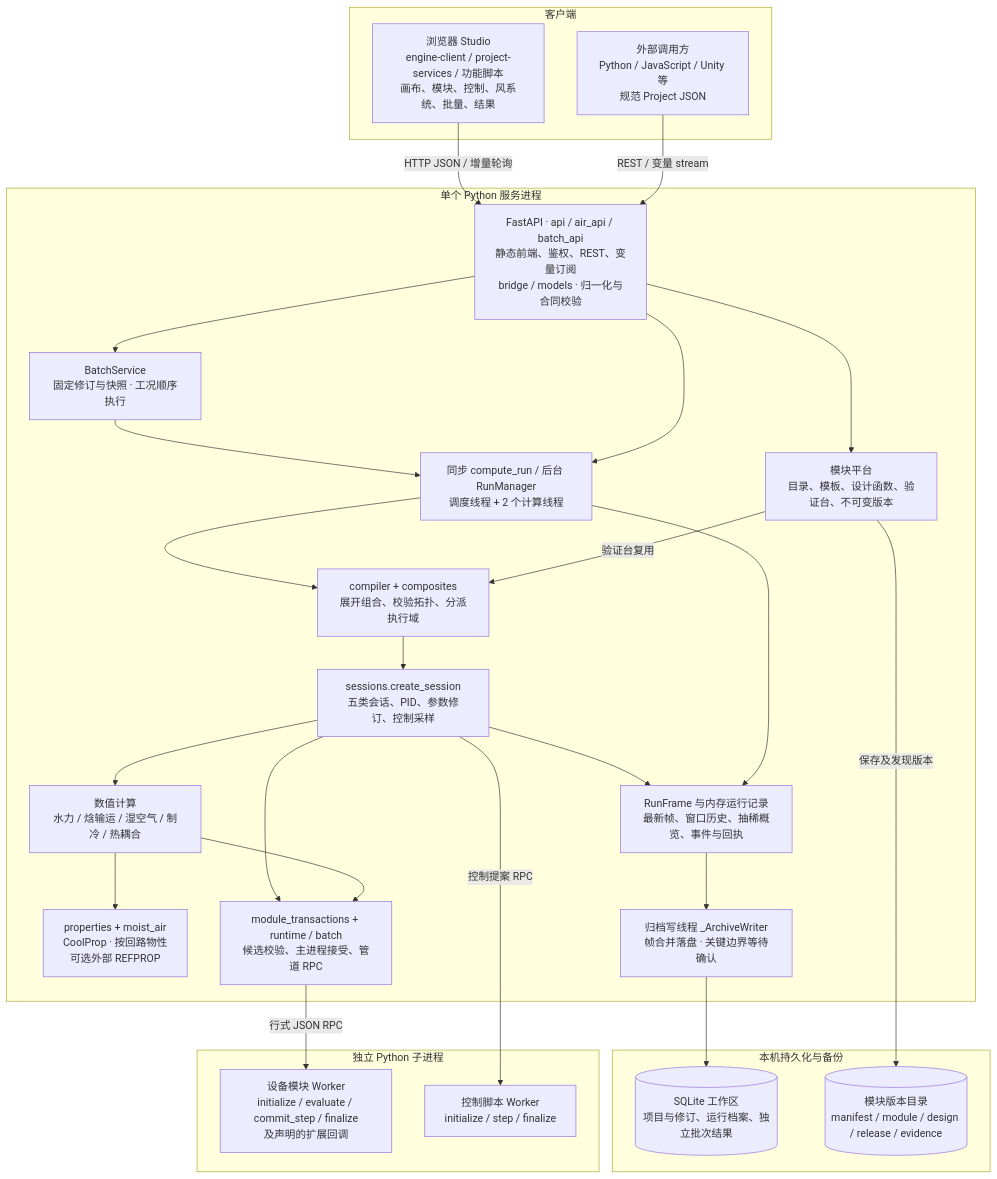
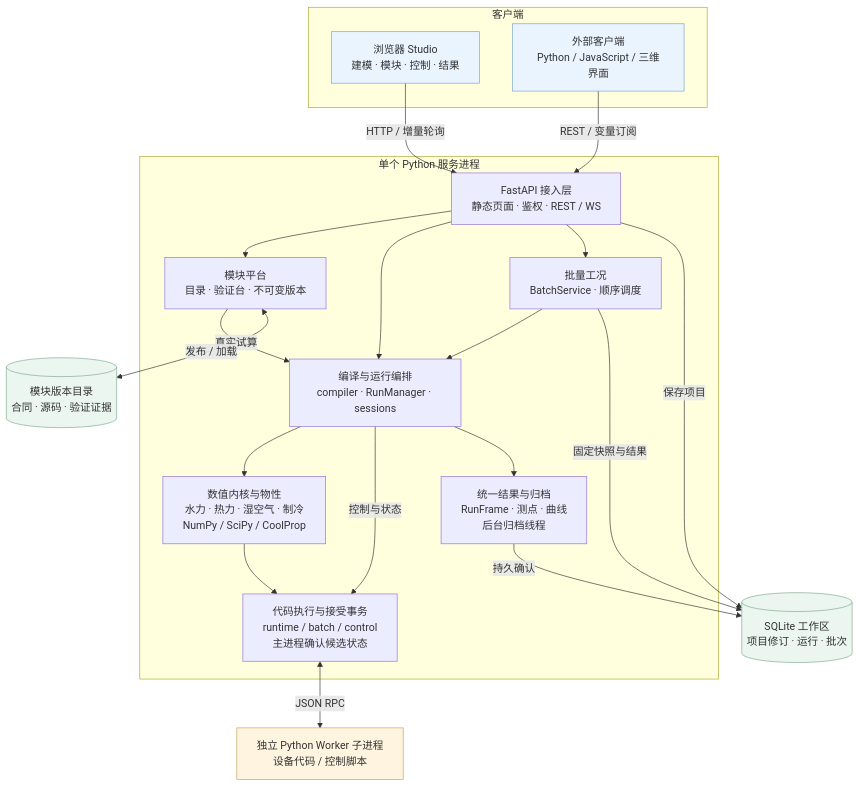
Before and after one commit to kongbaifan/fluidnet: the first of 10 diagrams in fluidnet-prototype-engine/docs/ARCHITECTURE_AND_SEQUENCE.md, drawn with Mermaid. The commit also changed other lines of this file and 30 other files, not shown here.

Commit message:
文档：更新架构图并登记架构整理实施计划

````diff
--- a/fluidnet-prototype-engine/docs/ARCHITECTURE_AND_SEQUENCE.md
+++ b/fluidnet-prototype-engine/docs/ARCHITECTURE_AND_SEQUENCE.md
@@ -22,44 +28,40 @@
 ```mermaid
 flowchart TB
   subgraph CLIENT["客户端"]
-    UI["浏览器 Studio<br/>engine-client / project-services / 功能脚本<br/>画布、模块、控制、风系统、批量、结果"]
-    EXTERNAL["外部调用方<br/>Python / JavaScript / Unity 等<br/>规范 Project JSON"]
+    UI["浏览器 Studio<br/>建模 · 模块 · 控制 · 结果"]
+    EXT["外部客户端<br/>Python / JavaScript / 三维界面"]
   end
   subgraph MAIN["单个 Python 服务进程"]
-    API["FastAPI · api / air_api / batch_api<br/>静态前端、鉴权、REST、变量订阅<br/>bridge / models · 归一化与合同校验"]
-    AUTHOR["模块平台<br/>目录、模板、设计函数、验证台、不可变版本"]
-    BATCH["BatchService<br/>固定修订与快照 · 工况顺序执行"]
-    RUN["同步 compute_run / 后台 RunManager<br/>调度线程 + 2 个计算线程"]
-    COMPILER["compiler + composites<br/>展开组合、校验拓扑、分派执行域"]
-    SESSION["sessions.create_session<br/>五类会话、PID、参数修订、控制采样"]
-    NUM["数值计算<br/>水力 / 焓输运 / 湿空气 / 制冷 / 热耦合"]
-    PROP["properties + moist_air<br/>CoolProp · 按回路物性<br/>可选外部 REFPROP"]
-    TX["module_transactions + runtime / batch<br/>候选校验、主进程接受、管道 RPC"]
-    RECORD["RunFrame 与内存运行记录<br/>最新帧、窗口历史、抽稀概览、事件与回执"]
-    WRITER["归档写线程 _ArchiveWriter<br/>帧合并落盘 · 关键边界等待确认"]
+    API["FastAPI 接入层<br/>静态页面 · 鉴权 · REST / WS"]
+    AUTHOR["模块平台<br/>目录 · 验证台 · 不可变版本"]
+    BATCH["批量工况<br/>BatchService · 顺序调度"]
+    RUN["编译与运行编排<br/>compiler · RunManager · sessions"]
+    NUM["数值内核与物性<br/>水力 · 热力 · 湿空气 · 制冷<br/>NumPy / SciPy / CoolProp"]
+    TX["代码执行与接受事务<br/>runtime / batch / control<br/>主进程确认候选状态"]
+    RESULT["统一结果与归档<br/>RunFrame · 测点 · 曲线<br/>后台归档线程"]
     API --> AUTHOR
+    API --> RUN
     API --> BATCH --> RUN
-    API --> RUN --> COMPILER
-    COMPILER --> SESSION --> NUM
-    SESSION --> TX
+    AUTHOR -->|真实试算| RUN
+    RUN --> NUM
     NUM --> TX
-    NUM --> PROP
-    SESSION --> RECORD
-    RUN --> RECORD --> WRITER
+    RUN -->|控制与状态| TX
+    RUN --> RESULT
   end
-  subgraph CHILD["独立 Python 子进程"]
-    MW["设备模块 Worker<br/>initialize / evaluate / commit_step / finalize<br/>及声明的扩展回调"]
-    CW["控制脚本 Worker<br/>initialize / step / finalize"]
-  end
-  subgraph DATA["本机持久化与备份"]
-    DB[("SQLite 工作区<br/>项目与修订、运行档案、独立批次结果")]
-    PKG[("模块版本目录<br/>manifest / module / design / release / evidence")]
-  end
-  UI -->|HTTP JSON / 增量轮询| API
-  EXTERNAL -->|REST / 变量 stream| API
-  TX -->|行式 JSON RPC| MW
-  SESSION -->|控制提案 RPC| CW
-  AUTHOR -->|保存及发现版本| PKG
-  AUTHOR -->|验证台复用| COMPILER
-  WRITER --> DB
+  WORKER["独立 Python Worker 子进程<br/>设备代码 / 控制脚本"]
+  DB[("SQLite 工作区<br/>项目修订 · 运行 · 批次")]
+  PKG[("模块版本目录<br/>合同 · 源码 · 验证证据")]
+  UI -->|HTTP / 增量轮询| API
+  EXT -->|REST / 变量订阅| API
+  TX <-->|JSON RPC| WORKER
+  API -->|保存项目| DB
+  BATCH -->|固定快照与结果| DB
+  RESULT -->|持久确认| DB
+  AUTHOR <-->|发布 / 加载| PKG
+  classDef client fill:#eaf4ff,stroke:#79a4cc;
+  classDef worker fill:#fff4df,stroke:#c7a255;
+  classDef data fill:#eaf6ef,stroke:#80aa90;
+  class UI,EXT client;
+  class WORKER worker;
+  class DB,PKG data;
 ```
````
